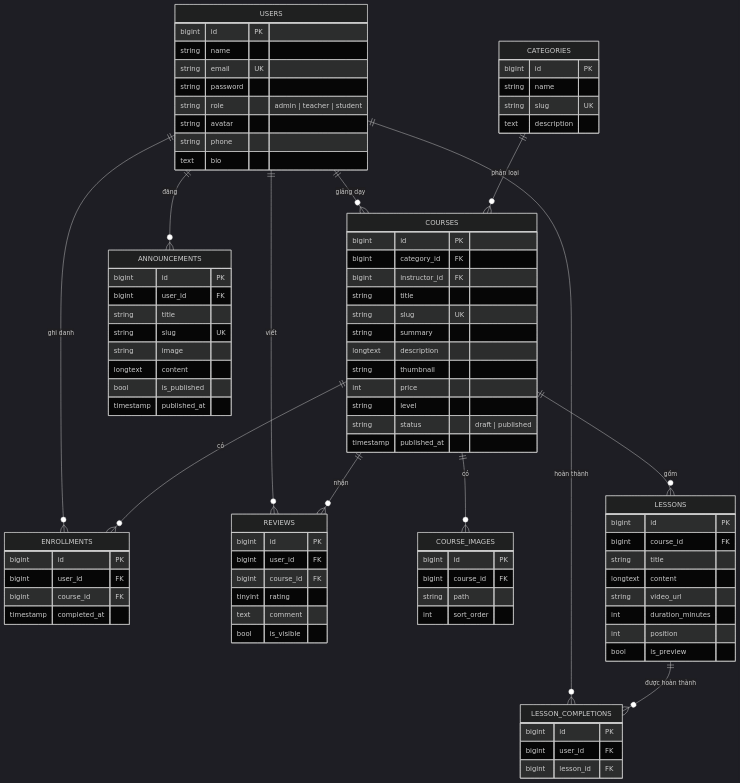
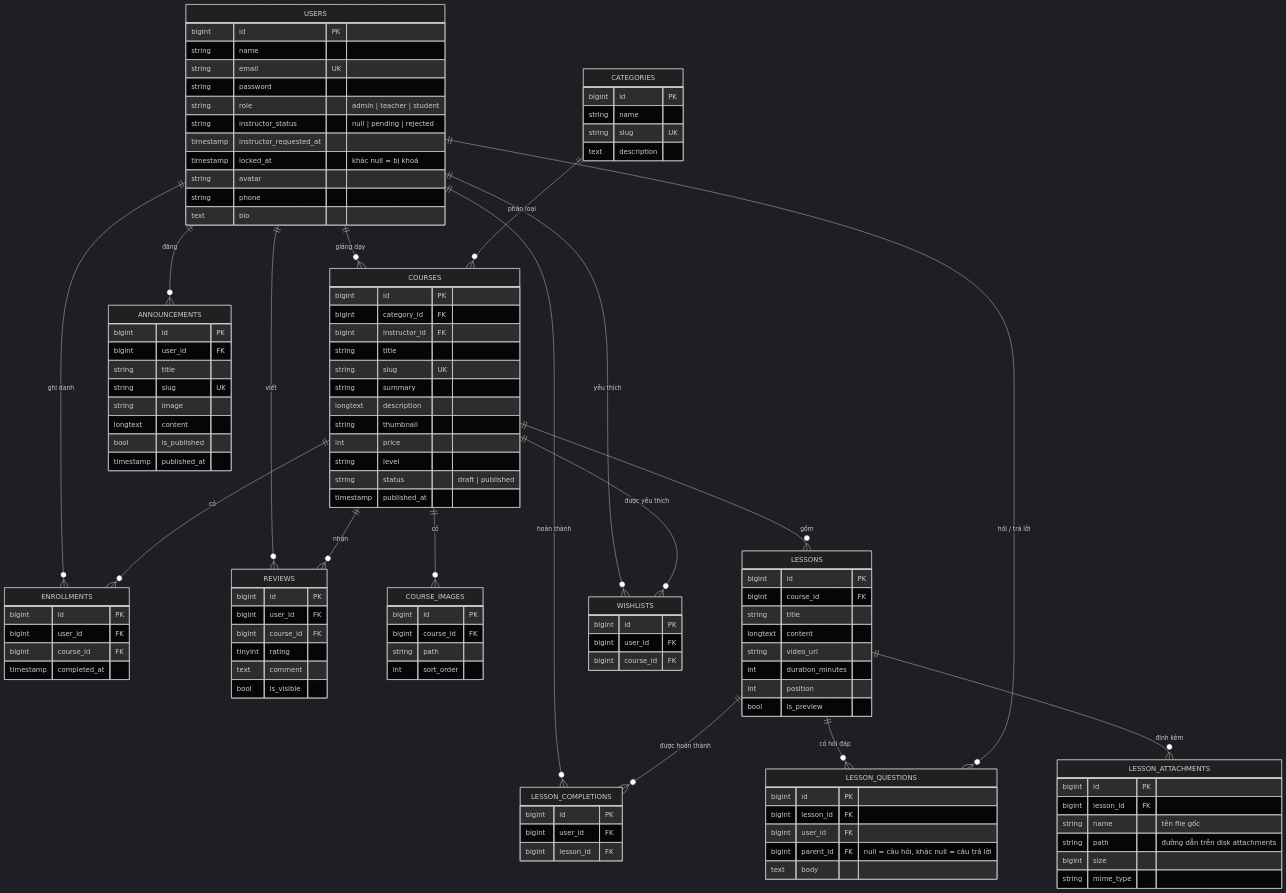
One commit to NayuD06/online_elearning changed the second of 2 diagrams in docs/phan-tich-thiet-ke.md. Above: the diagram before and after it, drawn with Mermaid (dark theme). The commit also changed other lines of this file and 68 other files, not shown here.

Commit message:
feat: implement online e-learning platform with courses, lessons, wishlist, and admin management

```diff
--- a/docs/phan-tich-thiet-ke.md
+++ b/docs/phan-tich-thiet-ke.md
@@ -74,6 +80,11 @@
     COURSES ||--o{ ENROLLMENTS : "có"
     COURSES ||--o{ REVIEWS : "nhận"
     LESSONS ||--o{ LESSON_COMPLETIONS : "được hoàn thành"
+    LESSONS ||--o{ LESSON_QUESTIONS : "có hỏi đáp"
+    LESSONS ||--o{ LESSON_ATTACHMENTS : "đính kèm"
+    USERS ||--o{ LESSON_QUESTIONS : "hỏi / trả lời"
+    USERS ||--o{ WISHLISTS : "yêu thích"
+    COURSES ||--o{ WISHLISTS : "được yêu thích"
 
     USERS {
         bigint id PK
@@ -81,6 +92,9 @@
         string email UK
         string password
         string role "admin | teacher | student"
+        string instructor_status "null | pending | rejected"
+        timestamp instructor_requested_at
+        timestamp locked_at "khác null = bị khoá"
         string avatar
         string phone
         text bio
@@ -140,6 +154,26 @@
         text comment
         bool is_visible
     }
+    LESSON_QUESTIONS {
+        bigint id PK
+        bigint lesson_id FK
+        bigint user_id FK
+        bigint parent_id FK "null = câu hỏi, khác null = câu trả lời"
+        text body
+    }
+    LESSON_ATTACHMENTS {
+        bigint id PK
+        bigint lesson_id FK
+        string name "tên file gốc"
+        string path "đường dẫn trên disk attachments"
+        bigint size
+        string mime_type
+    }
+    WISHLISTS {
+        bigint id PK
+        bigint user_id FK
+        bigint course_id FK
+    }
     ANNOUNCEMENTS {
         bigint id PK
         bigint user_id FK
```
